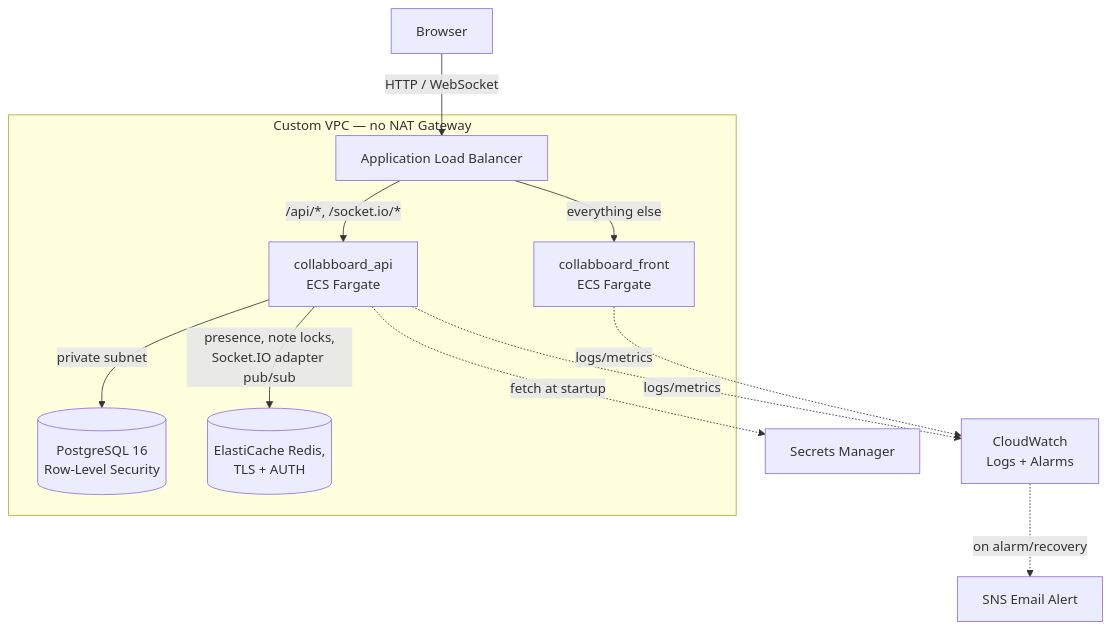
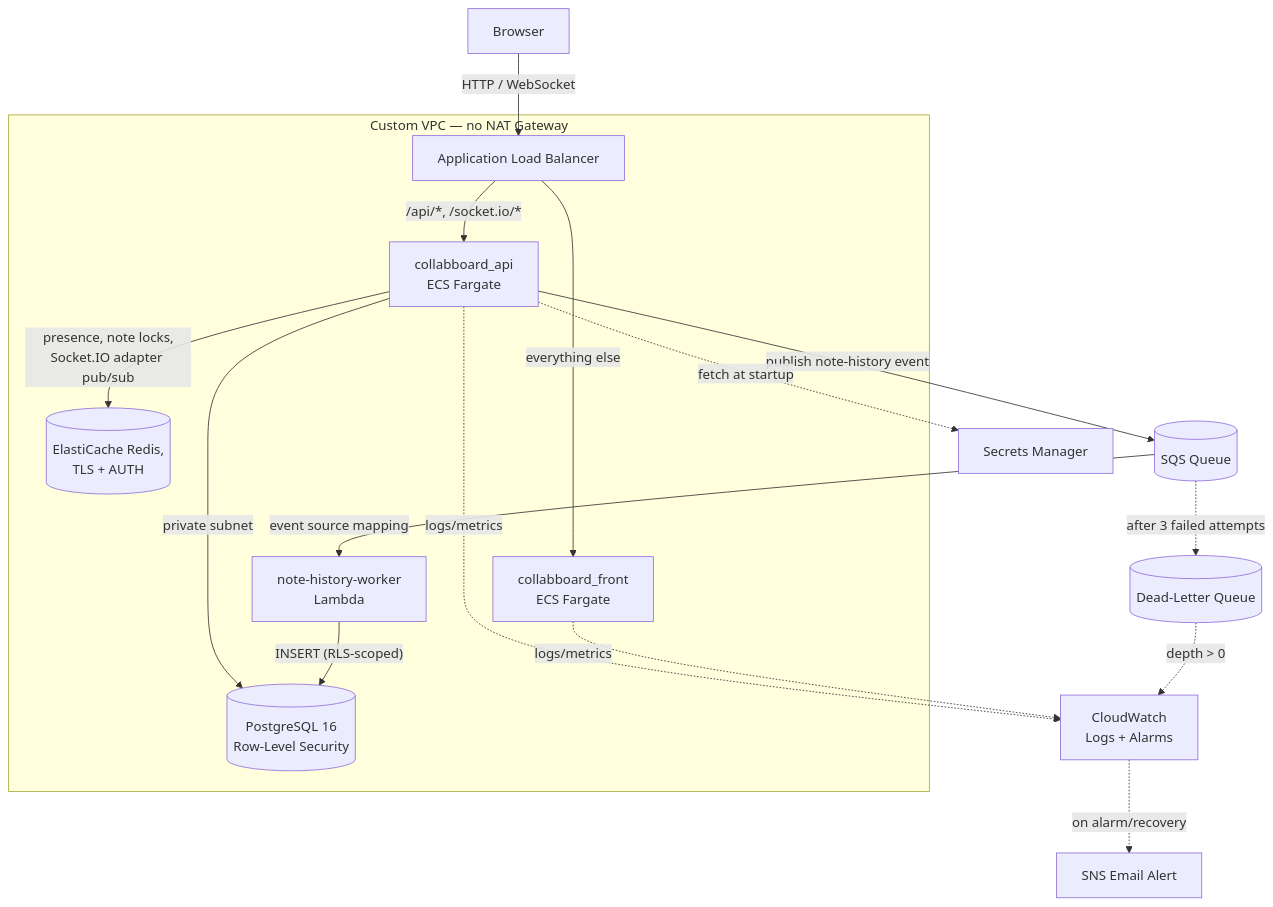
Before and after one commit to RuckerHans/Collabboard: the diagram in README.md, drawn with Mermaid. The commit also changed other lines of this file and 4 other files, not shown here.

Commit message:
Add CI/CD deployment for the note-history-worker Lambda

````diff
--- a/README.md
+++ b/README.md
@@ -34,23 +36,29 @@
 ```mermaid
 flowchart TD
     User[Browser] -->|HTTP / WebSocket| ALB[Application Load Balancer]
 
     ALB -->|"/api/*, /socket.io/*"| API[collabboard_api<br/>ECS Fargate]
     ALB -->|"everything else"| Front[collabboard_front<br/>ECS Fargate]
 
     API -->|"private subnet"| RDS[(PostgreSQL 16<br/>Row-Level Security)]
     API -->|"presence, note locks,<br/>Socket.IO adapter pub/sub"| Redis[(ElastiCache Redis,<br/>TLS + AUTH)]
+    API -->|"publish note-history event"| SQS[(SQS Queue)]
+    SQS -->|event source mapping| Lambda[note-history-worker<br/>Lambda]
+    Lambda -->|"INSERT (RLS-scoped)"| RDS
+    SQS -.->|"after 3 failed attempts"| DLQ[(Dead-Letter Queue)]
     API -.->|fetch at startup| Secrets[Secrets Manager]
     API -.->|logs/metrics| CW[CloudWatch<br/>Logs + Alarms]
     Front -.->|logs/metrics| CW
+    DLQ -.->|"depth > 0"| CW
 
     CW -.->|on alarm/recovery| SNS[SNS Email Alert]
 
     subgraph VPC[Custom VPC — no NAT Gateway]
         ALB
         API
         Front
         RDS
         Redis
+        Lambda
     end
 ```
````
